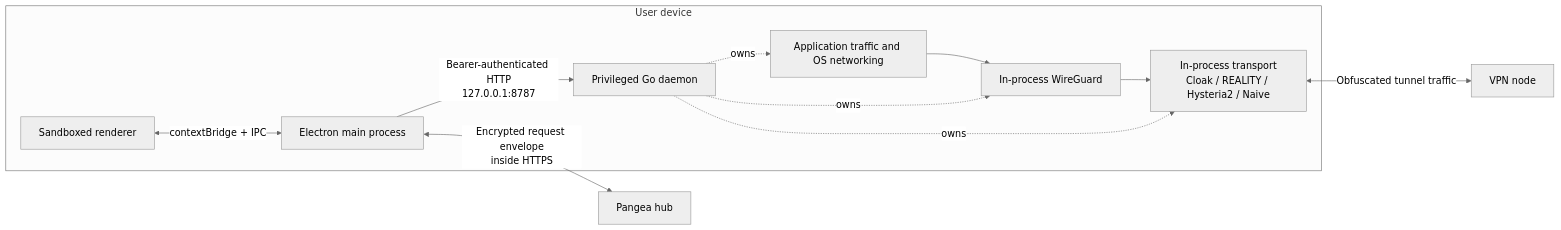
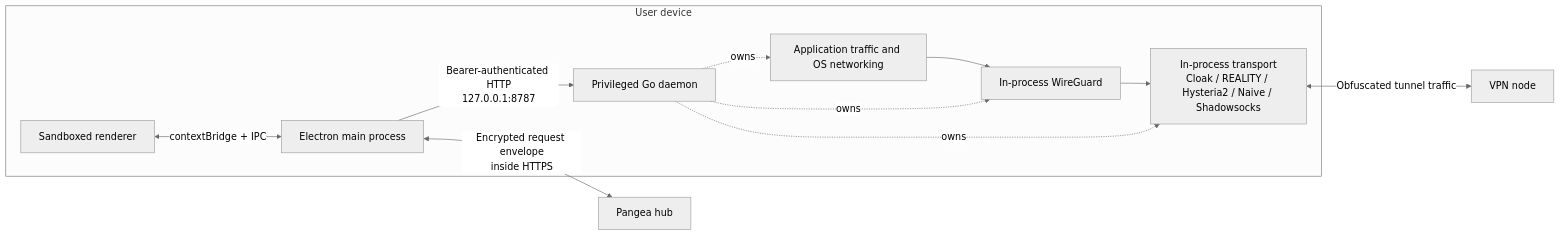
The first of 3 diagrams in docs/architecture.md (pangeavpn/pangeavpn-app), drawn with Mermaid (neutral theme) before and after one commit. The commit also changed other lines of this file and 1 other file, not shown here.

First line of the commit message:
docs: record Shadowsocks in the transport tables and fallback order

````diff
--- a/docs/architecture.md
+++ b/docs/architecture.md
@@ -33,15 +33,15 @@
 ```mermaid
 flowchart LR
     subgraph Device[User device]
         Renderer[Sandboxed renderer] <-->|contextBridge + IPC| Main[Electron main process]
         Main -->|Bearer-authenticated HTTP<br/>127.0.0.1:8787| Daemon[Privileged Go daemon]
         OS[Application traffic and OS networking] --> WG[In-process WireGuard]
-        WG --> Transport[In-process transport<br/>Cloak / REALITY / Hysteria2 / Naive]
+        WG --> Transport[In-process transport<br/>Cloak / REALITY / Hysteria2 / Naive / Shadowsocks]
         Daemon -. owns .-> OS
         Daemon -. owns .-> WG
         Daemon -. owns .-> Transport
     end
 
     Main <-->|Encrypted request envelope<br/>inside HTTPS| Hub[Pangea hub]
     Transport <-->|Obfuscated tunnel traffic| Node[VPN node]
 ```
````
